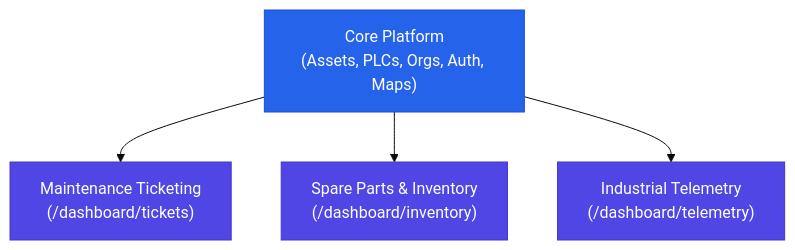
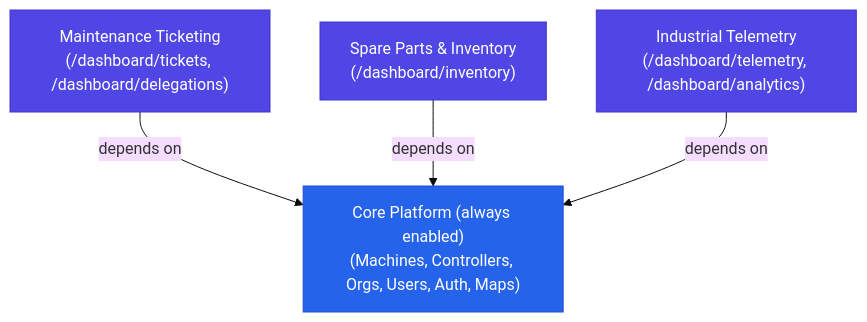
Before and after one commit to 0xLufis/heimdall: the diagram in docs/MODULE_ARCHITECTURE.md, drawn with Mermaid (base theme). The commit also changed 19 other files, not shown here.

First line of the commit message:
docs: diagrams and their prose match the code; findings in the TODO

````diff
--- a/docs/MODULE_ARCHITECTURE.md
+++ b/docs/MODULE_ARCHITECTURE.md
@@ -10,14 +10,14 @@
 ```mermaid
 graph TD
     classDef core fill:#2563eb,stroke:#1d4ed8,color:#fff;
     classDef addon fill:#4f46e5,stroke:#4338ca,color:#fff;
 
-    Core["Core Platform<br/>(Assets, PLCs, Orgs, Auth, Maps)"]:::core
-    Ticketing["Maintenance Ticketing<br/>(/dashboard/tickets)"]:::addon
+    Core["Core Platform (always enabled)<br/>(Machines, Controllers, Orgs, Users, Auth, Maps)"]:::core
+    Ticketing["Maintenance Ticketing<br/>(/dashboard/tickets, /dashboard/delegations)"]:::addon
     Inventory["Spare Parts & Inventory<br/>(/dashboard/inventory)"]:::addon
-    Telemetry["Industrial Telemetry<br/>(/dashboard/telemetry)"]:::addon
+    Telemetry["Industrial Telemetry<br/>(/dashboard/telemetry, /dashboard/analytics)"]:::addon
 
-    Core --> Ticketing
-    Core --> Inventory
-    Core --> Telemetry
+    Ticketing -->|depends on| Core
+    Inventory -->|depends on| Core
+    Telemetry -->|depends on| Core
 ```
````
